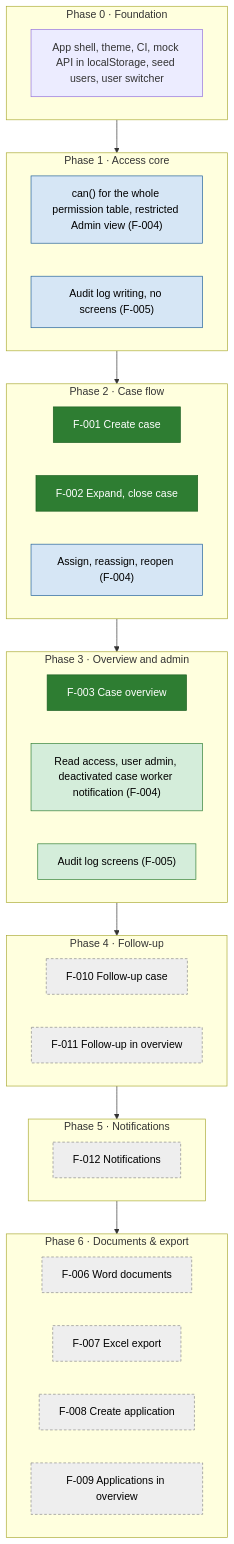
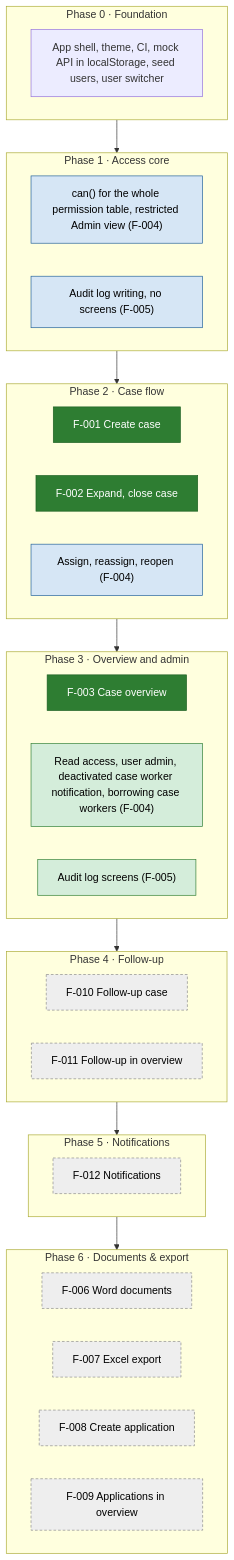
The first of 2 diagrams in docs/roadmap.md (TLS97/tines-case-management-system), drawn with Mermaid before and after one commit. The commit also changed 2 other files, not shown here.

Commit message:
docs: borrowing case workers, moving users and reactivation (F-004) (#26)
Tine's decisions (2026-10-17):
- A leader can borrow an active case worker with the case's field from another
  department for as many cases as needed, without approval; the home leader sees
  a read-only "Lent out" list
- Moving a user to another department is permanent and blocked while they have
  open cases in their current department, listed for reassignment
- Changing fields keeps the user on their cases
- Admin can reactivate a deactivated user
BUILD_PLAN: T3.6 updated; new T3.9 (reactivate) and T3.10 (borrowing).

````diff
--- a/docs/roadmap.md
+++ b/docs/roadmap.md
@@ -10,43 +10,43 @@
 ```mermaid
 flowchart TD
   subgraph P0["Phase 0 · Foundation"]
     F0[App shell, theme, CI, mock API in localStorage, seed users, user switcher]
   end
   subgraph P1["Phase 1 · Access core"]
     P1a["can() for the whole permission table, restricted Admin view (F-004)"]
     P1b["Audit log writing, no screens (F-005)"]
   end
   subgraph P2["Phase 2 · Case flow"]
     F001[F-001 Create case]
     F002["F-002 Expand, close case"]
     P2a["Assign, reassign, reopen (F-004)"]
   end
   subgraph P3["Phase 3 · Overview and admin"]
     F003[F-003 Case overview]
-    P3a["Read access, user admin, deactivated case worker notification (F-004)"]
+    P3a["Read access, user admin, deactivated case worker notification, borrowing case workers (F-004)"]
     P3b["Audit log screens (F-005)"]
   end
   subgraph P4["Phase 4 · Follow-up"]
     F010[F-010 Follow-up case]
     F011[F-011 Follow-up in overview]
   end
   subgraph P5["Phase 5 · Notifications"]
     F012[F-012 Notifications]
   end
   subgraph P6["Phase 6 · Documents & export"]
     F006[F-006 Word documents]
     F007[F-007 Excel export]
     F008[F-008 Create application]
     F009[F-009 Applications in overview]
   end
   P0 --> P1 --> P2 --> P3 --> P4 --> P5 --> P6
 
   classDef approved fill:#d4edda,stroke:#2e7d32,color:#000
   classDef draft fill:#eeeeee,stroke:#888,stroke-dasharray:4 3,color:#000
   classDef inprogress fill:#d6e6f5,stroke:#1f5f99,color:#000
   classDef done fill:#2e7d32,stroke:#1b5e20,color:#fff
   class P3a,P3b approved
   class P1a,P1b,P2a inprogress
   class F001,F002,F003 done
   class F006,F007,F008,F009,F010,F011,F012 draft
 ```
````
